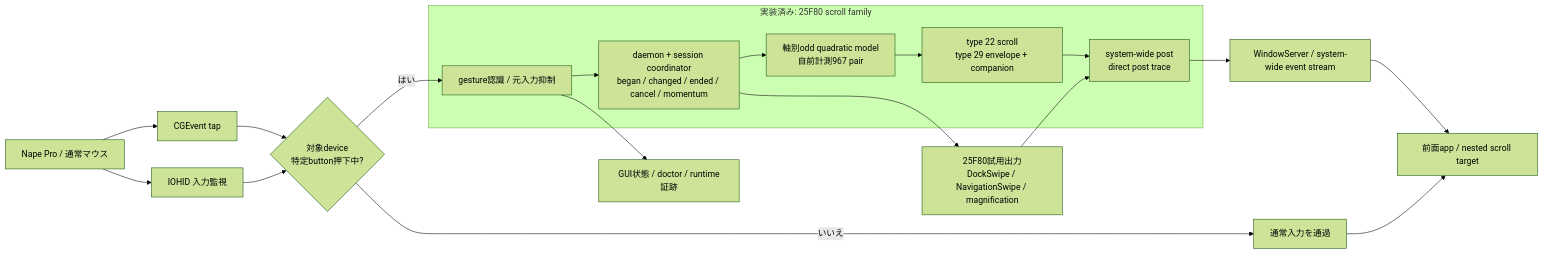
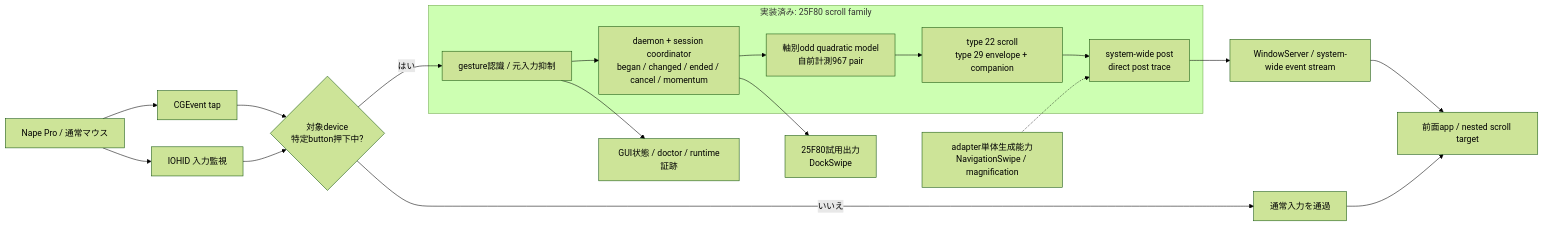
The first of 2 diagrams in README.md (char5742/nape-gesture), drawn with Mermaid (forest theme) before and after one commit. The commit also changed other lines of this file and 29 other files, not shown here.

````diff
--- a/README.md
+++ b/README.md
@@ -30,23 +30,23 @@
 ```mermaid
 flowchart LR
     mouse["Nape Pro / 通常マウス"] --> tap["CGEvent tap"]
     mouse --> hid["IOHID 入力監視"]
     tap --> gate{"対象device<br/>特定button押下中?"}
     hid --> gate
     gate -->|いいえ| pass["通常入力を通過"]
     gate -->|はい| recognize["gesture認識 / 元入力抑制"]
 
     subgraph scroll["実装済み: 25F80 scroll family"]
         recognize --> session["daemon + session coordinator<br/>began / changed / ended / cancel / momentum"]
         session --> model["軸別odd quadratic model<br/>自前計測967 pair"]
         model --> batch["type 22 scroll<br/>type 29 envelope + companion"]
         batch --> post["system-wide post<br/>direct post trace"]
     end
 
     post --> stream["WindowServer / system-wide event stream"]
     stream --> app["前面app / nested scroll target"]
     pass --> app
-    session --> trial["25F80試用出力<br/>DockSwipe / NavigationSwipe / magnification"]
-    trial --> post
+    session --> dock["25F80試用出力<br/>DockSwipe"]
+    contract["adapter単体生成能力<br/>NavigationSwipe / magnification"] -.-> post
     recognize --> status["GUI状態 / doctor / runtime証跡"]
 ```
````
